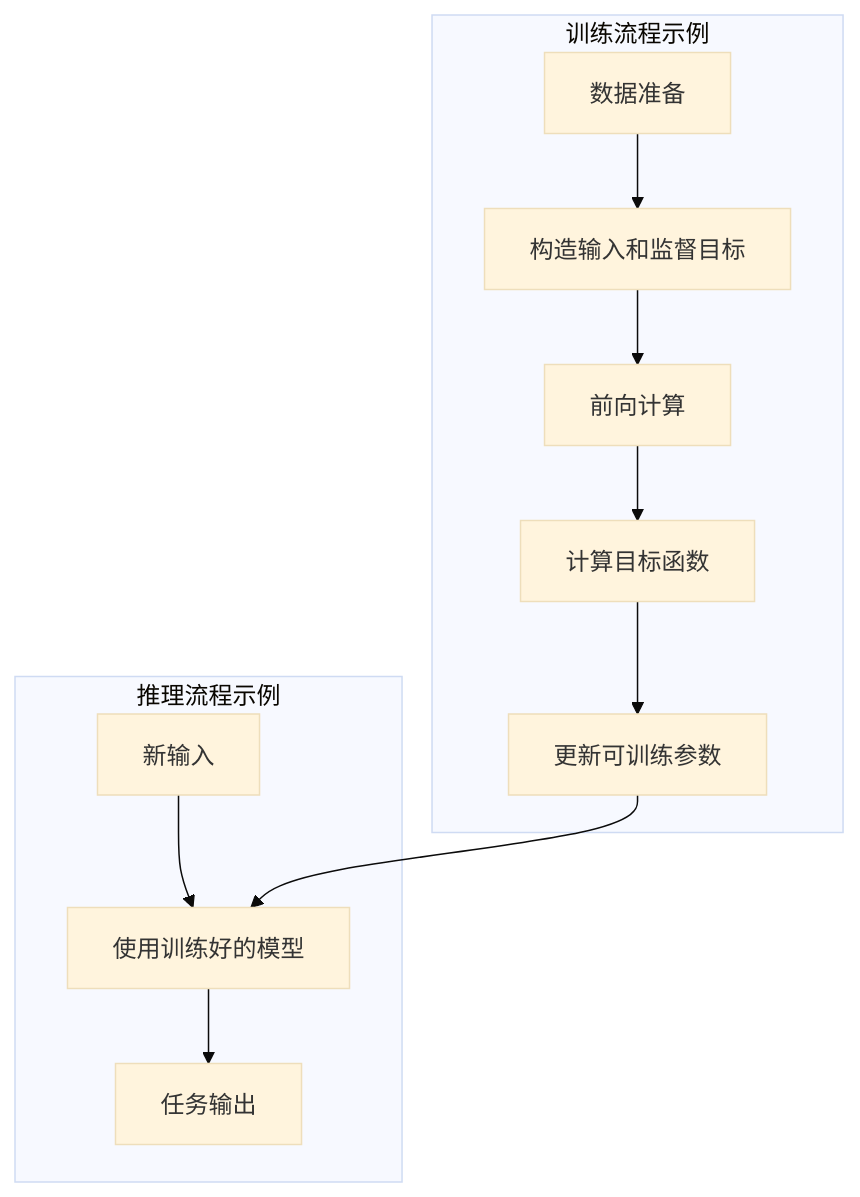
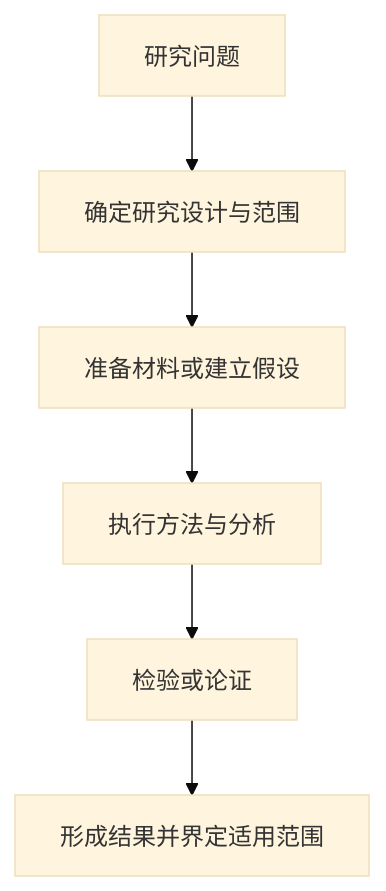
The first of 2 diagrams in references/overview-template.md (VinceTree/Paper-overview), drawn with Mermaid (base theme) before and after one commit. The commit also changed other lines of this file and 3 other files, not shown here.

````diff
--- a/references/overview-template.md
+++ b/references/overview-template.md
@@ -25,14 +30,8 @@
 ```mermaid
 flowchart TD
-    subgraph Train[训练流程示例]
-        D[数据准备] --> B[构造输入和监督目标]
-        B --> F[前向计算]
-        F --> L[计算目标函数]
-        L --> U[更新可训练参数]
-    end
-    subgraph Use[推理流程示例]
-        X[新输入] --> M[使用训练好的模型]
-        M --> Y[任务输出]
-    end
-    U --> M
+    Q[研究问题] --> S[确定研究设计与范围]
+    S --> M[准备材料或建立假设]
+    M --> A[执行方法与分析]
+    A --> V[检验或论证]
+    V --> R[形成结果并界定适用范围]
 ```
````
